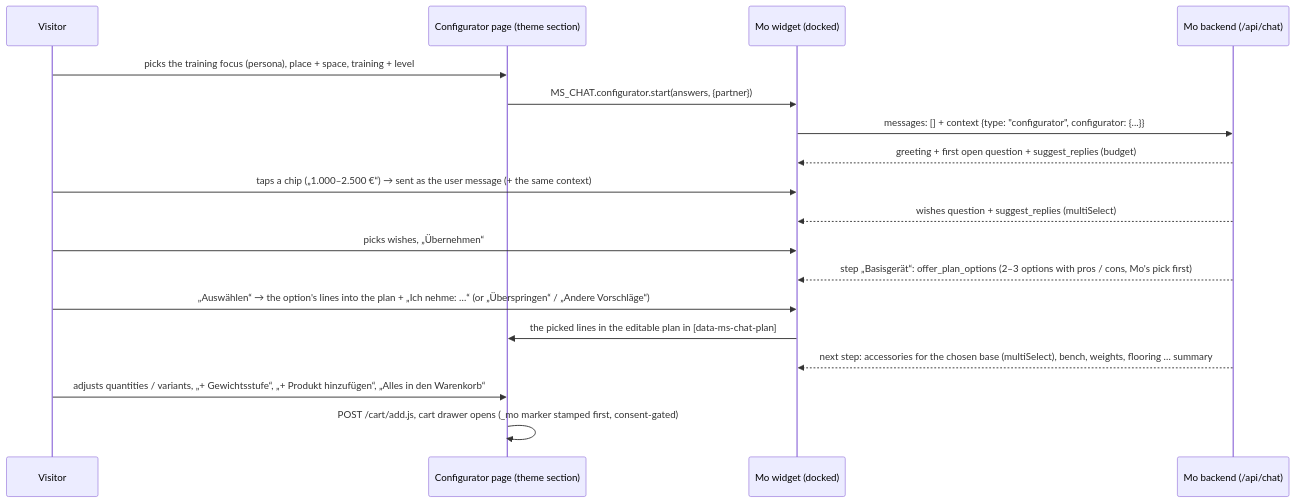
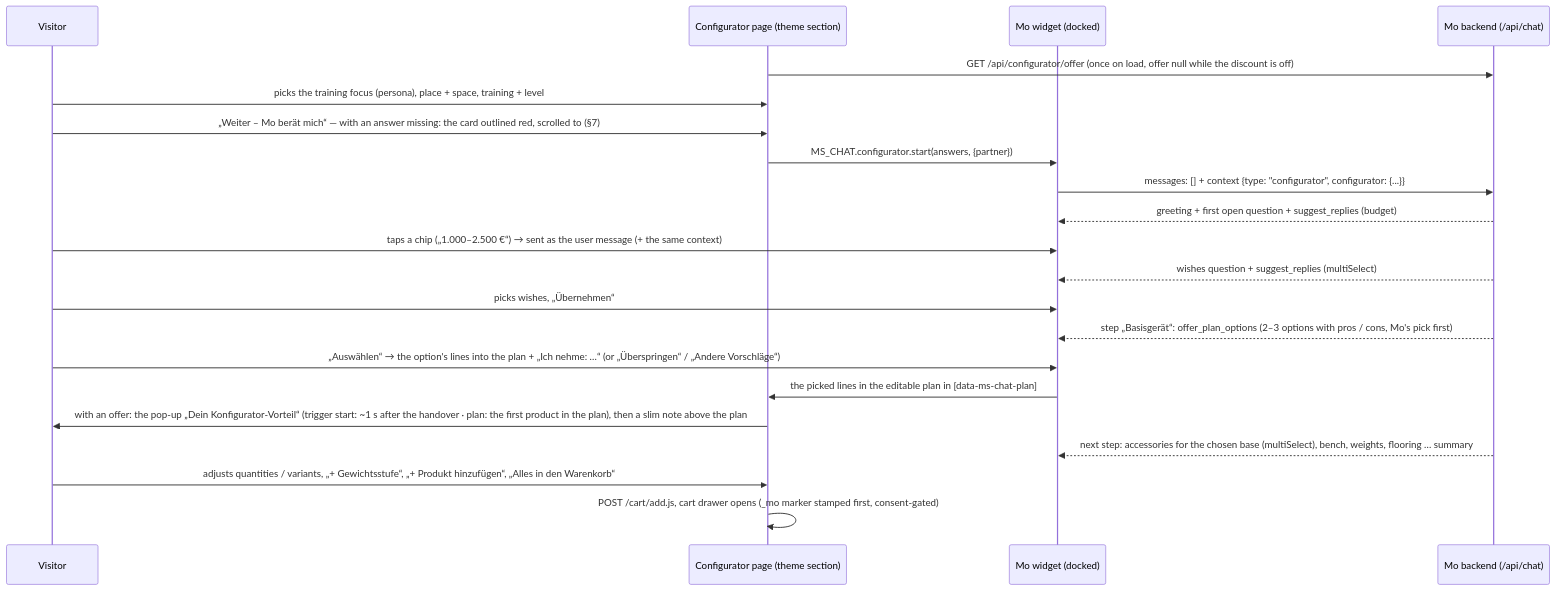
Before and after one commit to 4motionsports-GmbH/mo: the diagram in docs/CONFIGURATOR.md, drawn with Mermaid. The commit also changed other lines of this file and 14 other files, not shown here.

First line of the commit message:
Docs: Konfigurator missing-answer highlight and Konfigurator-Rabatt

````diff
--- a/docs/CONFIGURATOR.md
+++ b/docs/CONFIGURATOR.md
@@ -15,20 +17,23 @@
 ```mermaid
 sequenceDiagram
   participant V as Visitor
   participant P as Configurator page (theme section)
   participant W as Mo widget (docked)
   participant B as Mo backend (/api/chat)
+  P->>B: GET /api/configurator/offer (once on load, offer null while the discount is off)
   V->>P: picks the training focus (persona), place + space, training + level
+  V->>P: „Weiter – Mo berät mich“ — with an answer missing: the card outlined red, scrolled to (§7)
   P->>W: MS_CHAT.configurator.start(answers, {partner})
   W->>B: messages: [] + context {type: "configurator", configurator: {...}}
   B-->>W: greeting + first open question + suggest_replies (budget)
   V->>W: taps a chip („1.000–2.500 €“) → sent as the user message (+ the same context)
   B-->>W: wishes question + suggest_replies (multiSelect)
   V->>W: picks wishes, „Übernehmen“
   B-->>W: step „Basisgerät“: offer_plan_options (2–3 options with pros / cons, Mo's pick first)
   V->>W: „Auswählen“ → the option's lines into the plan + „Ich nehme: …“ (or „Überspringen“ / „Andere Vorschläge“)
   W->>P: the picked lines in the editable plan in [data-ms-chat-plan]
+  P->>V: with an offer: the pop-up „Dein Konfigurator-Vorteil“ (trigger start: ~1 s after the handover · plan: the first product in the plan), then a slim note above the plan
   B-->>W: next step: accessories for the chosen base (multiSelect), bench, weights, flooring … summary
   V->>P: adjusts quantities / variants, „+ Gewichtsstufe“, „+ Produkt hinzufügen“, „Alles in den Warenkorb“
   P->>P: POST /cart/add.js, cart drawer opens (_mo marker stamped first, consent-gated)
 ```
````
